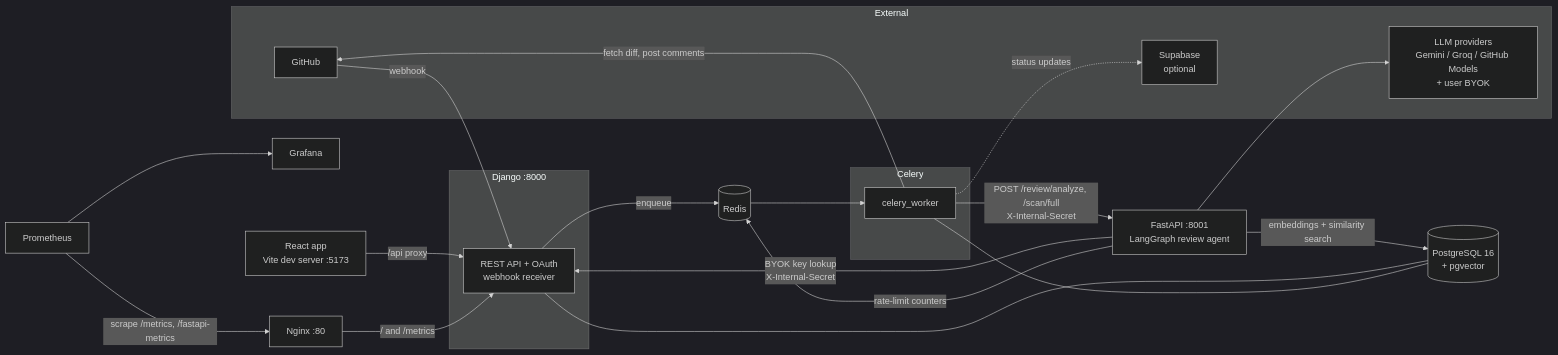
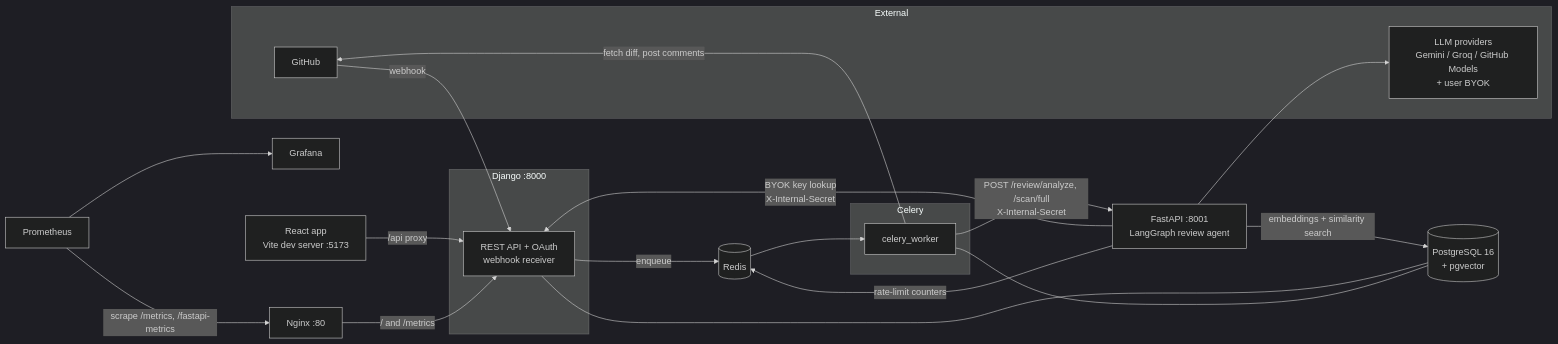
The second of 2 diagrams in README.md (muhammedsiinanmp/Devmind), drawn with Mermaid (dark theme) before and after one commit. The commit also changed other lines of this file and 5 other files, not shown here.

````diff
--- a/README.md
+++ b/README.md
@@ -37,41 +37,39 @@
 ```mermaid
 flowchart LR
     subgraph External
         GH["GitHub"]
         LLM["LLM providers<br/>Gemini / Groq / GitHub Models<br/>+ user BYOK"]
-        SB["Supabase<br/>optional"]
     end
 
     FE["React app<br/>Vite dev server :5173"]
     NGX["Nginx :80"]
 
     subgraph Django["Django :8000"]
         API["REST API + OAuth<br/>webhook receiver"]
     end
 
     subgraph Workers["Celery"]
         CW["celery_worker"]
     end
 
     FA["FastAPI :8001<br/>LangGraph review agent"]
 
     PG[("PostgreSQL 16<br/>+ pgvector")]
     RD[("Redis")]
     PR["Prometheus"] --> GR["Grafana"]
 
     FE -->|"/api proxy"| API
     GH -->|"webhook"| API
     NGX -->|"/ and /metrics"| API
     API -->|"enqueue"| RD
     RD --> CW
     CW -->|"fetch diff, post comments"| GH
     CW -->|"POST /review/analyze, /scan/full<br/>X-Internal-Secret"| FA
     FA -->|"BYOK key lookup<br/>X-Internal-Secret"| API
     FA --> LLM
     FA -->|"embeddings + similarity search"| PG
     FA -->|"rate-limit counters"| RD
     API --- PG
     CW --- PG
-    CW -.->|"status updates"| SB
     PR -->|"scrape /metrics, /fastapi-metrics"| NGX
 ```
````
